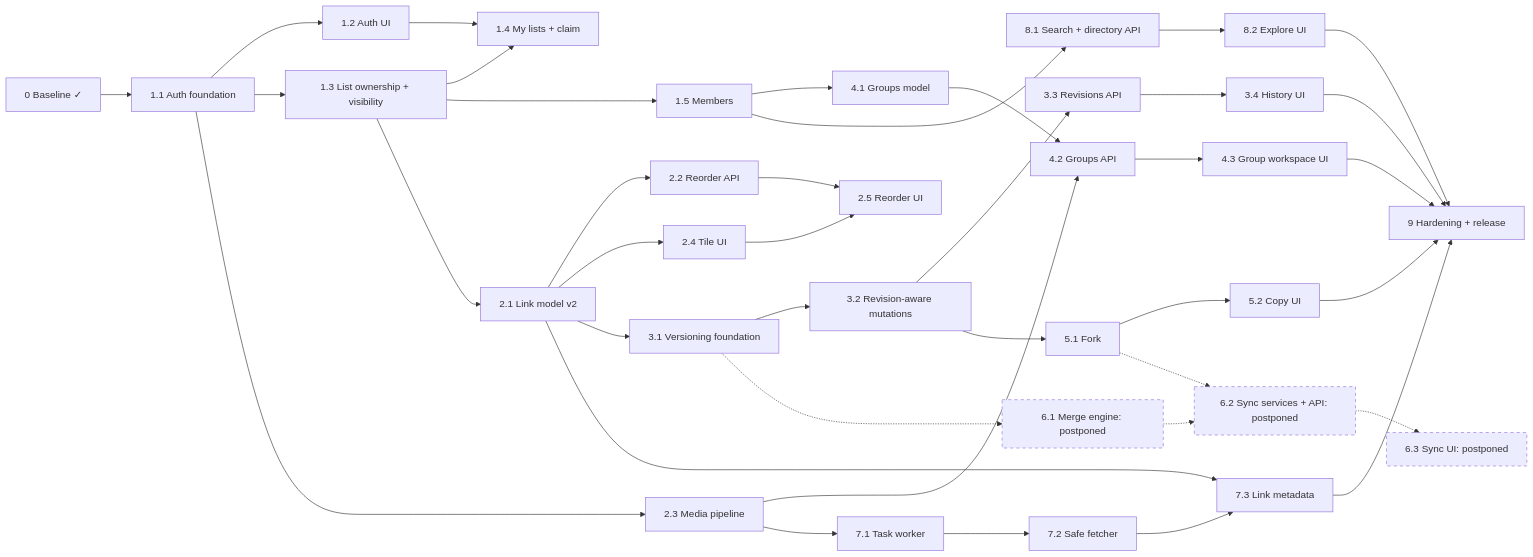
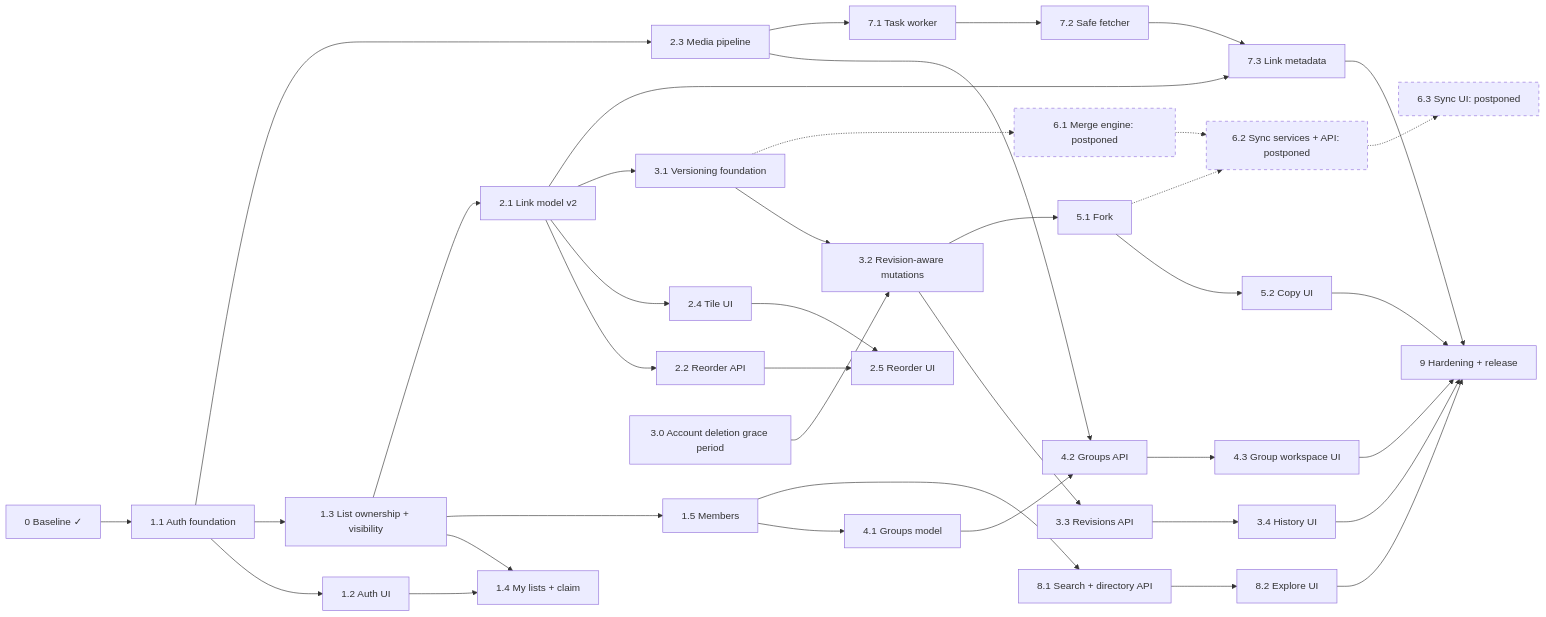
Before and after one commit to flokos/listlinkedin: the diagram in docs/v2/17-IMPLEMENTATION-ROADMAP.md, drawn with Mermaid. The commit also changed other lines of this file and 35 other files, not shown here.

First line of the commit message:
Give account deletion a 30-day grace period

````diff
--- a/docs/v2/17-IMPLEMENTATION-ROADMAP.md
+++ b/docs/v2/17-IMPLEMENTATION-ROADMAP.md
@@ -21,38 +21,39 @@
 ```mermaid
 flowchart LR
   P0[0 Baseline ✓] --> T11[1.1 Auth foundation]
   T11 --> T12[1.2 Auth UI]
   T11 --> T13[1.3 List ownership + visibility]
   T13 --> T14[1.4 My lists + claim]
   T12 --> T14
   T13 --> T15[1.5 Members]
   T13 --> T21[2.1 Link model v2]
   T21 --> T22[2.2 Reorder API]
   T11 --> T23[2.3 Media pipeline]
   T21 --> T24[2.4 Tile UI]
   T22 --> T25[2.5 Reorder UI]
   T24 --> T25
   T21 --> T31[3.1 Versioning foundation]
   T31 --> T32[3.2 Revision-aware mutations]
+  T30[3.0 Account deletion grace period] --> T32
   T32 --> T33[3.3 Revisions API] --> T34[3.4 History UI]
   T15 --> T41[4.1 Groups model]
   T41 --> T42[4.2 Groups API] --> T43[4.3 Group workspace UI]
   T23 --> T42
   T32 --> T51[5.1 Fork]
   T51 --> T52[5.2 Copy UI]
   T31 -.-> T61[6.1 Merge engine: postponed]
   T61 -.-> T62[6.2 Sync services + API: postponed]
   T51 -.-> T62
   T62 -.-> T63[6.3 Sync UI: postponed]
   T23 --> T71[7.1 Task worker]
   T71 --> T72[7.2 Safe fetcher] --> T73[7.3 Link metadata]
   T21 --> T73
   T15 --> T81[8.1 Search + directory API] --> T82[8.2 Explore UI]
   T52 --> T9[9 Hardening + release]
   T43 --> T9
   T73 --> T9
   T82 --> T9
   T34 --> T9
   classDef postponed stroke-dasharray: 5 5
   class T61,T62,T63 postponed
 ```
````
